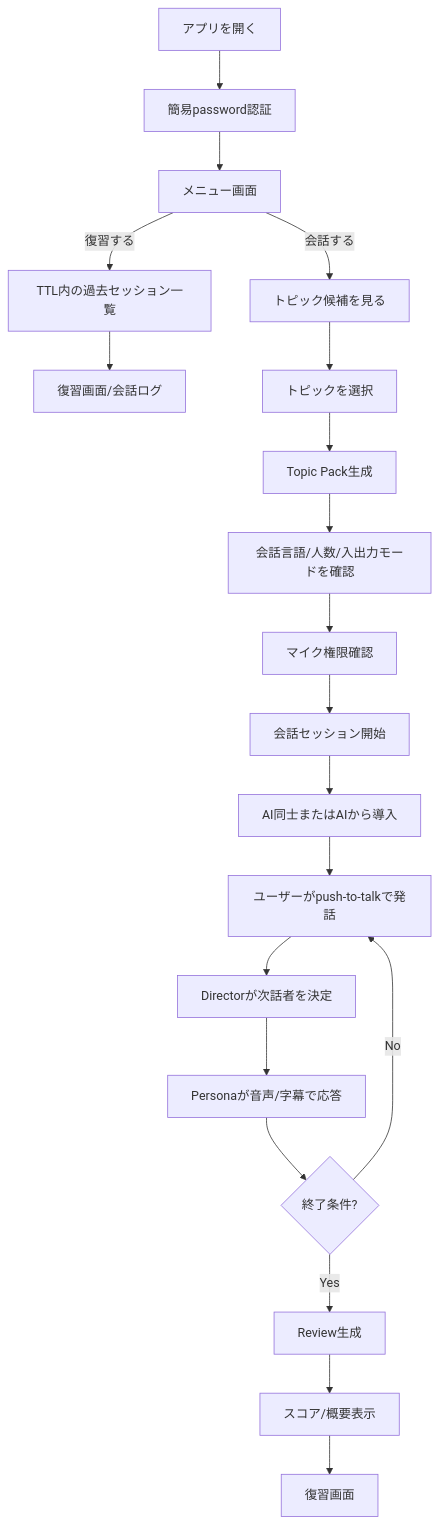
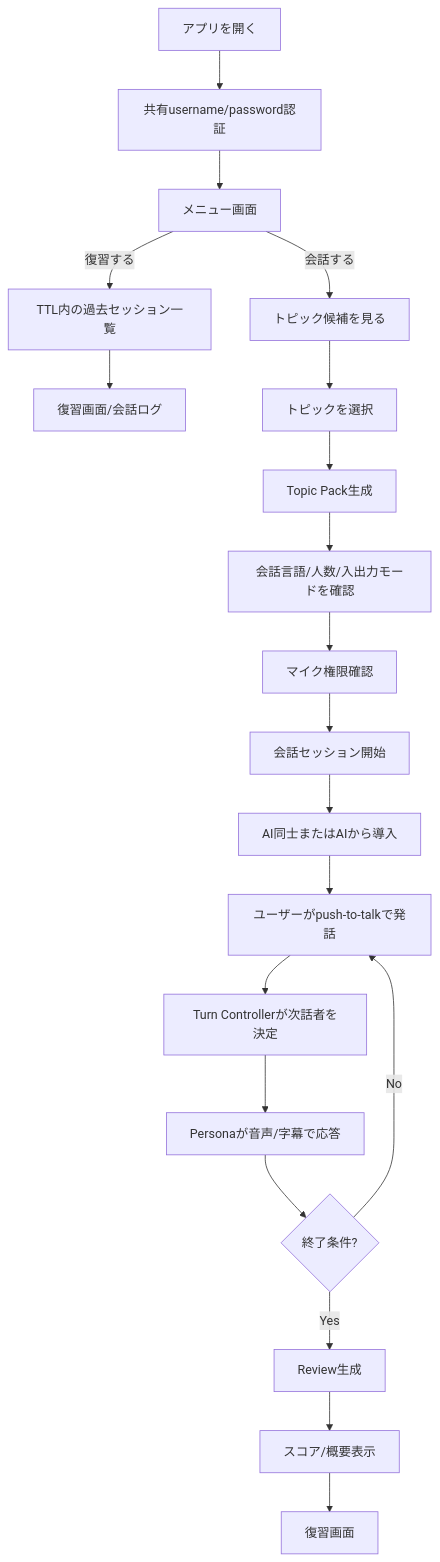
The diagram in docs/backend/01_USER_EXPERIENCE_DRAFT.md (tasugiya/real_conversation_agents), drawn with Mermaid before and after one commit. The commit also changed other lines of this file and 2 other files, not shown here.

````diff
--- a/docs/backend/01_USER_EXPERIENCE_DRAFT.md
+++ b/docs/backend/01_USER_EXPERIENCE_DRAFT.md
@@ -38,23 +38,23 @@
 ```mermaid
 flowchart TD
-    A[アプリを開く] --> B[簡易password認証]
+    A[アプリを開く] --> B[共有username/password認証]
     B --> C[メニュー画面]
     C -->|会話する| D[トピック候補を見る]
     C -->|復習する| R1[TTL内の過去セッション一覧]
     R1 --> R2[復習画面/会話ログ]
 
     D --> E[トピックを選択]
     E --> F[Topic Pack生成]
     F --> G[会話言語/人数/入出力モードを確認]
     G --> H[マイク権限確認]
     H --> I[会話セッション開始]
     I --> J[AI同士またはAIから導入]
     J --> K[ユーザーがpush-to-talkで発話]
-    K --> L[Directorが次話者を決定]
+    K --> L[Turn Controllerが次話者を決定]
     L --> M[Personaが音声/字幕で応答]
     M --> N{終了条件?}
     N -->|No| K
     N -->|Yes| O[Review生成]
     O --> P[スコア/概要表示]
     P --> Q[復習画面]
 ```
````
